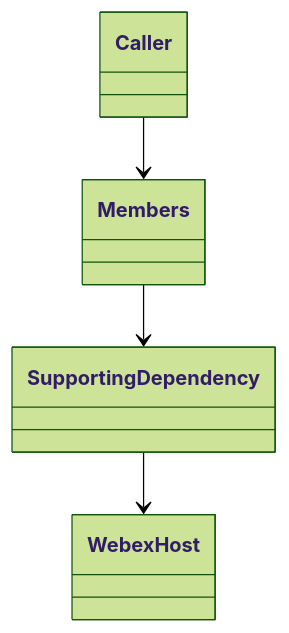
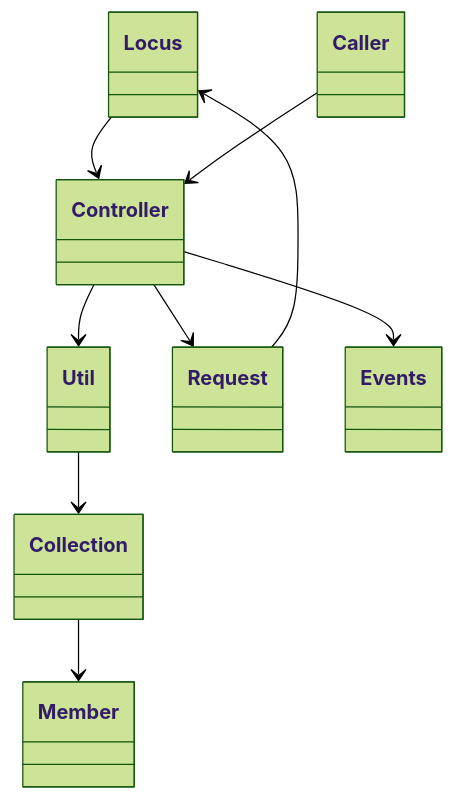
One commit to webex/webex-js-sdk changed the fourth of 4 diagrams in packages/@webex/plugin-meetings/src/members/ai-docs/members-spec.md. Above: the diagram before and after it, drawn with Mermaid (forest theme). The commit also changed other lines of this file and 26 other files, not shown here.

````diff
--- a/packages/@webex/plugin-meetings/src/members/ai-docs/members-spec.md
+++ b/packages/@webex/plugin-meetings/src/members/ai-docs/members-spec.md
@@ -146,10 +158,19 @@
 ```mermaid
 classDiagram
+  class Locus
+  class Controller
+  class Util
+  class Collection
+  class Member
   class Caller
-  class Members
-  class SupportingDependency
-  class WebexHost
-  Caller --> Members
-  Members --> SupportingDependency
-  SupportingDependency --> WebexHost
+  class Request
+  class Events
+  Locus --> Controller
+  Controller --> Util
+  Util --> Collection
+  Collection --> Member
+  Caller --> Controller
+  Controller --> Request
+  Request --> Locus
+  Controller --> Events
 ```
````
